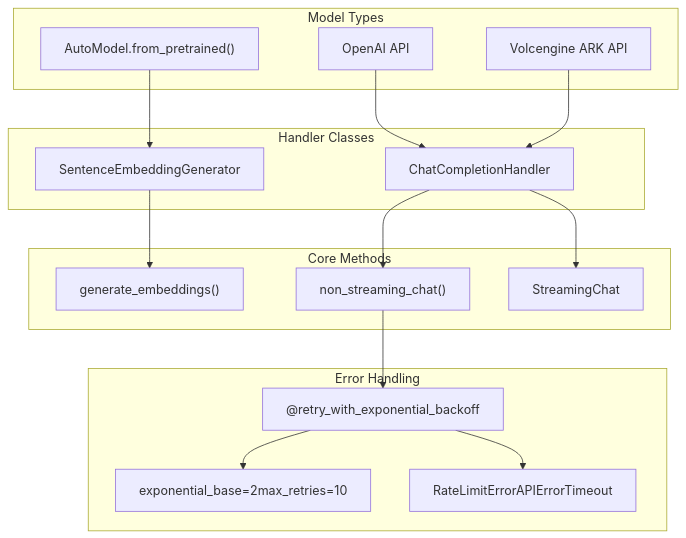
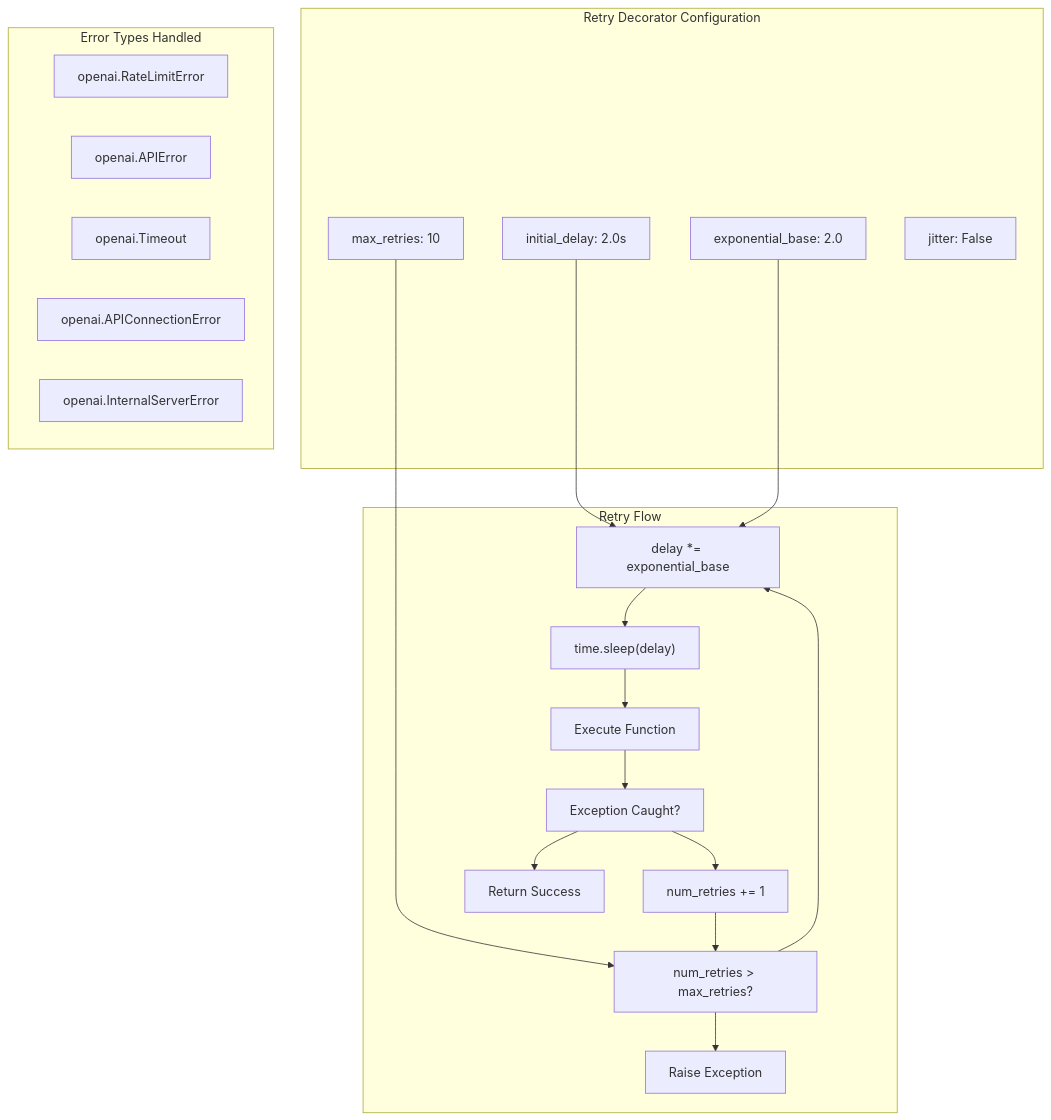
The fourth of 4 diagrams in docs/wiki/AI-and-Machine-Learning-Components.md (chenyx2012/openchecker), drawn with Mermaid before and after one commit. The commit also changed other lines of this file and 45 other files, not shown here.

````diff
--- a/docs/wiki/AI-and-Machine-Learning-Components.md
+++ b/docs/wiki/AI-and-Machine-Learning-Components.md
@@ -236,46 +205,59 @@
 ```mermaid
 flowchart TD
 
-LocalModel["AutoModel.from_pretrained()"]
-OpenAIModel["OpenAI API"]
-VolcengineModel["Volcengine ARK API"]
-SentenceEmbeddingGenerator["SentenceEmbeddingGenerator"]
-ChatCompletionHandler["ChatCompletionHandler"]
-GenerateEmbeddings["generate_embeddings()"]
-NonStreamingChat["non_streaming_chat()"]
-RetryDecorator["@retry_with_exponential_backoff"]
-ExponentialBackoff["exponential_base=2max_retries=10"]
-ErrorTypes["RateLimitErrorAPIErrorTimeout"]
+RateLimitError["openai.RateLimitError"]
+APIError["openai.APIError"]
+Timeout["openai.Timeout"]
+APIConnectionError["openai.APIConnectionError"]
+InternalServerError["openai.InternalServerError"]
+initial_delay["initial_delay: 2.0s"]
+exponential_base["exponential_base: 2.0"]
+max_retries["max_retries: 10"]
+jitter["jitter: False"]
+execute_func["Execute Function"]
+check_error["Exception Caught?"]
+increment_retry["num_retries += 1"]
+check_max["num_retries > max_retries?"]
+calculate_delay["delay *= exponential_base"]
+sleep_delay["time.sleep(delay)"]
+raise_exception["Raise Exception"]
+return_success["Return Success"]
 
-    LocalModel --> SentenceEmbeddingGenerator
-    OpenAIModel --> ChatCompletionHandler
-    VolcengineModel --> ChatCompletionHandler
-    SentenceEmbeddingGenerator --> GenerateEmbeddings
-    ChatCompletionHandler --> NonStreamingChat
-    ChatCompletionHandler --> StreamingChat
-    NonStreamingChat --> RetryDecorator
-subgraph Error_Handling ["Error Handling"]
-    RetryDecorator
-    ExponentialBackoff
-    ErrorTypes
-    RetryDecorator --> ExponentialBackoff
-    RetryDecorator --> ErrorTypes
+initial_delay --> calculate_delay
+exponential_base --> calculate_delay
+max_retries --> check_max
+
+subgraph subGraph2 ["Retry Flow"]
+    execute_func
+    check_error
+    increment_retry
+    check_max
+    calculate_delay
+    sleep_delay
+    raise_exception
+    return_success
+    execute_func --> check_error
+    check_error --> return_success
+    check_error --> increment_retry
+    increment_retry --> check_max
+    check_max --> raise_exception
+    check_max --> calculate_delay
+    calculate_delay --> sleep_delay
+    sleep_delay --> execute_func
 end
 
-subgraph Core_Methods ["Core Methods"]
-    GenerateEmbeddings
-    NonStreamingChat
-    StreamingChat
+subgraph subGraph0 ["Retry Decorator Configuration"]
+    initial_delay
+    exponential_base
+    max_retries
+    jitter
 end
 
-subgraph Handler_Classes ["Handler Classes"]
-    SentenceEmbeddingGenerator
-    ChatCompletionHandler
-end
-
-subgraph Model_Types ["Model Types"]
-    LocalModel
-    OpenAIModel
-    VolcengineModel
+subgraph subGraph1 ["Error Types Handled"]
+    RateLimitError
+    APIError
+    Timeout
+    APIConnectionError
+    InternalServerError
 end
 ```
````
